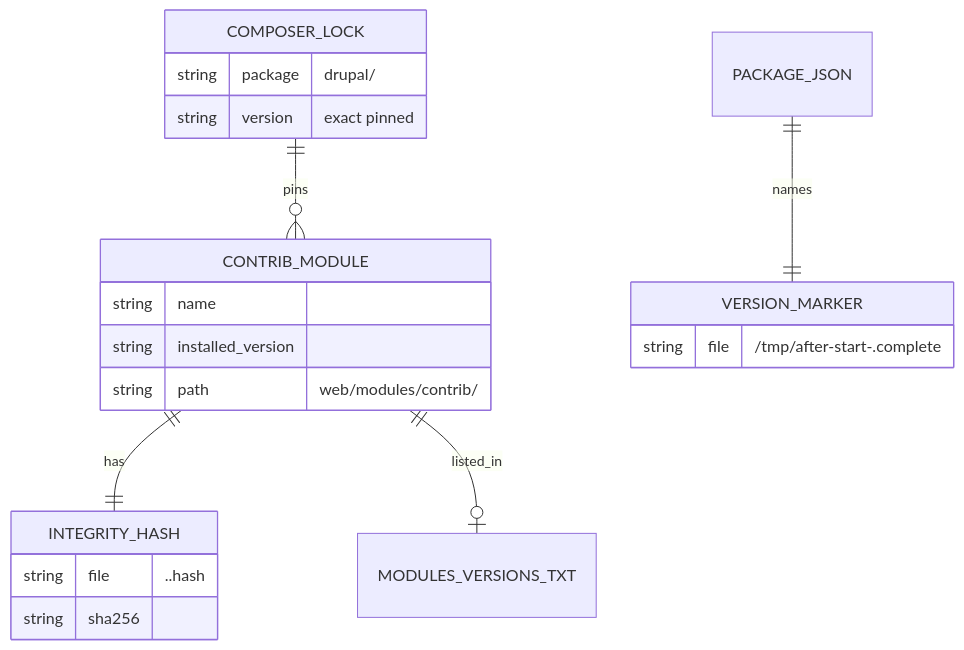
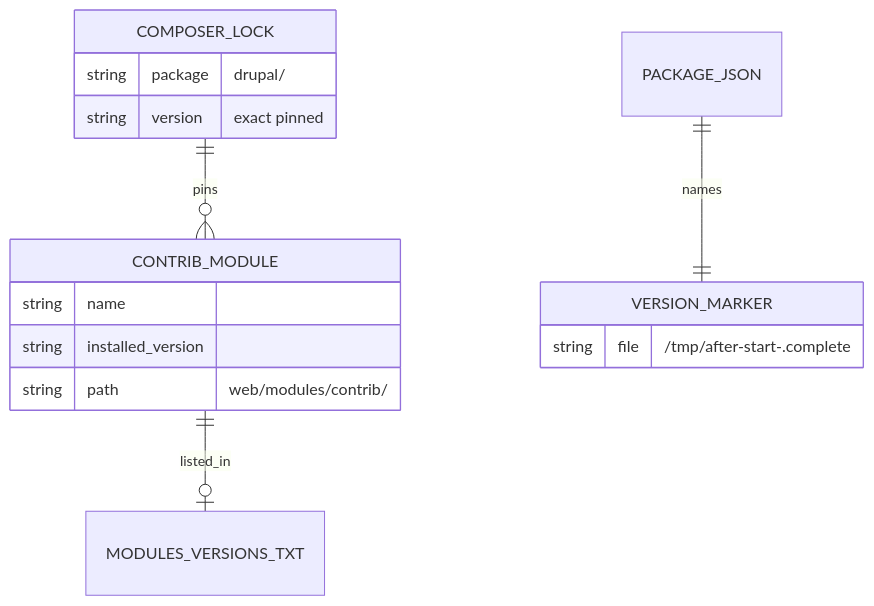
One commit to scbd/drupal-docker-wrapper changed the seventh of 9 diagrams in docs/architecture.md. Above: the diagram before and after it, drawn with Mermaid. The commit also changed other lines of this file and 11 other files, not shown here.

````diff
--- a/docs/architecture.md
+++ b/docs/architecture.md
@@ -229,23 +235,18 @@
 ```mermaid
 erDiagram
   COMPOSER_LOCK ||--o{ CONTRIB_MODULE : pins
-  CONTRIB_MODULE ||--|| INTEGRITY_HASH : has
   CONTRIB_MODULE ||--o| MODULES_VERSIONS_TXT : listed_in
   PACKAGE_JSON ||--|| VERSION_MARKER : names
   COMPOSER_LOCK {
     string package "drupal/<name>"
     string version "exact pinned"
   }
   CONTRIB_MODULE {
     string name
     string installed_version
     string path "web/modules/contrib/<name>"
   }
-  INTEGRITY_HASH {
-    string file ".<module>.hash"
-    string sha256
-  }
   VERSION_MARKER {
     string file "/tmp/after-start-<version>.complete"
   }
 ```
````
